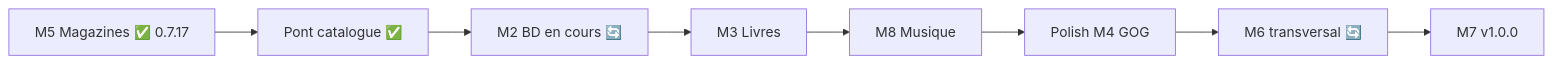
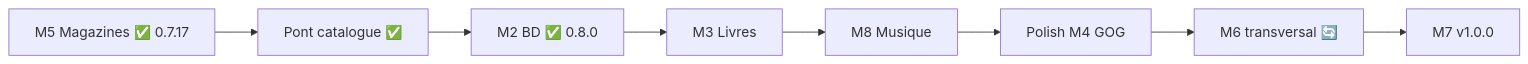
Before and after one commit to daryl40000/mediatheque: the first of 2 diagrams in ROADMAP.md, drawn with Mermaid. The commit also changed other lines of this file and 40 other files, not shown here.

````diff
--- a/ROADMAP.md
+++ b/ROADMAP.md
@@ -381,10 +385,10 @@
 ```mermaid
 flowchart LR
   A[M5 Magazines ✅ 0.7.17] --> B[Pont catalogue ✅]
-  B --> C[M2 BD en cours 🔄]
+  B --> C[M2 BD ✅ 0.8.0]
   C --> D[M3 Livres]
   D --> E[M8 Musique]
   E --> F[Polish M4 GOG]
   F --> G[M6 transversal 🔄]
   G --> H[M7 v1.0.0]
 ```
````
